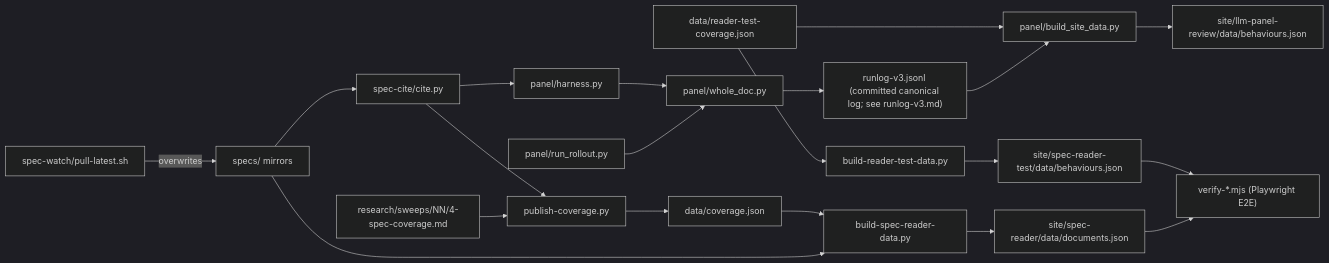
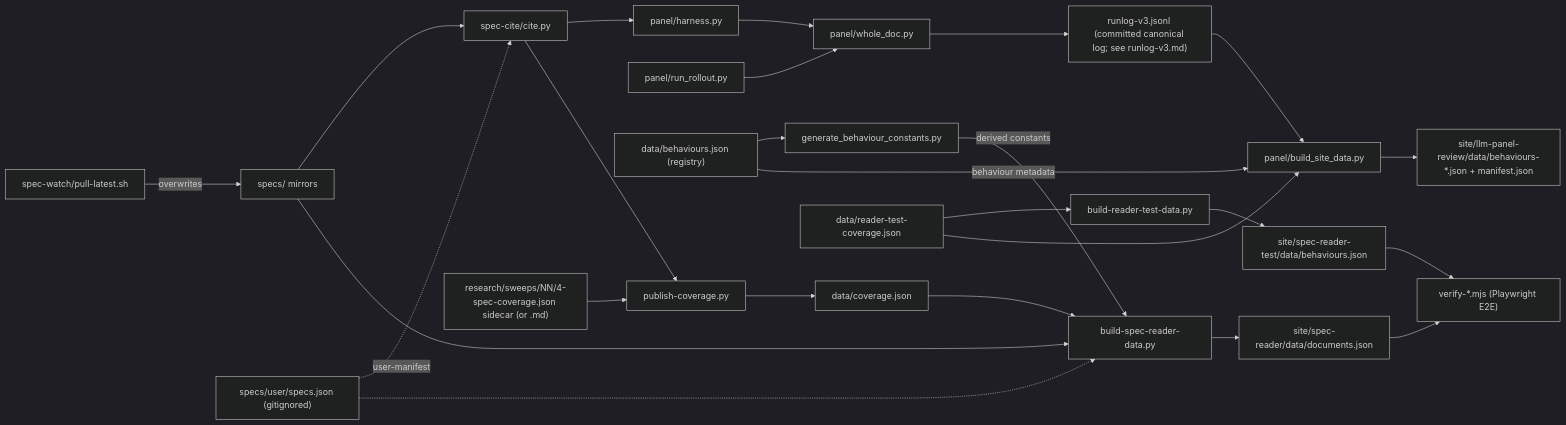
The diagram in engine/OVERVIEW.md (AndresCotton/ai-character-index), drawn with Mermaid (dark theme) before and after one commit. The commit also changed other lines of this file and 6 other files, not shown here.

````diff
--- a/engine/OVERVIEW.md
+++ b/engine/OVERVIEW.md
@@ -31,22 +33,27 @@
 ```mermaid
 graph LR
   watch["spec-watch/pull-latest.sh"] -->|overwrites| specs["specs/ mirrors"]
   specs --> cite["spec-cite/cite.py"]
   specs --> bsr["build-spec-reader-data.py"]
+  um["specs/user/specs.json (gitignored)"] -.->|user-manifest| cite
+  um -.-> bsr
   cite --> harness["panel/harness.py"]
   rollout["panel/run_rollout.py"] --> wholedoc["panel/whole_doc.py"]
   harness --> wholedoc
   wholedoc --> runlog["runlog-v3.jsonl (committed canonical log; see runlog-v3.md)"]
   runlog --> bsd["panel/build_site_data.py"]
-  bsd --> panelpayload["site/llm-panel-review/data/behaviours.json"]
-  sweep4["research/sweeps/NN/4-spec-coverage.md"] --> publish["publish-coverage.py"]
+  reg["data/behaviours.json (registry)"] --> gbc["generate_behaviour_constants.py"]
+  gbc -->|derived constants| bsr
+  reg -->|behaviour metadata| bsd
+  bsd --> panelpayload["site/llm-panel-review/data/behaviours-*.json + manifest.json"]
+  sweep4["research/sweeps/NN/4-spec-coverage.json sidecar (or .md)"] --> publish["publish-coverage.py"]
   cite --> publish
   publish --> coverage["data/coverage.json"]
   coverage --> bsr
   bsr --> docpayload["site/spec-reader/data/documents.json"]
   rtc["data/reader-test-coverage.json"] --> brt["build-reader-test-data.py"]
   brt --> benchpayload["site/spec-reader-test/data/behaviours.json"]
   rtc --> bsd
   docpayload --> verify["verify-*.mjs (Playwright E2E)"]
   benchpayload --> verify
 ```
````
